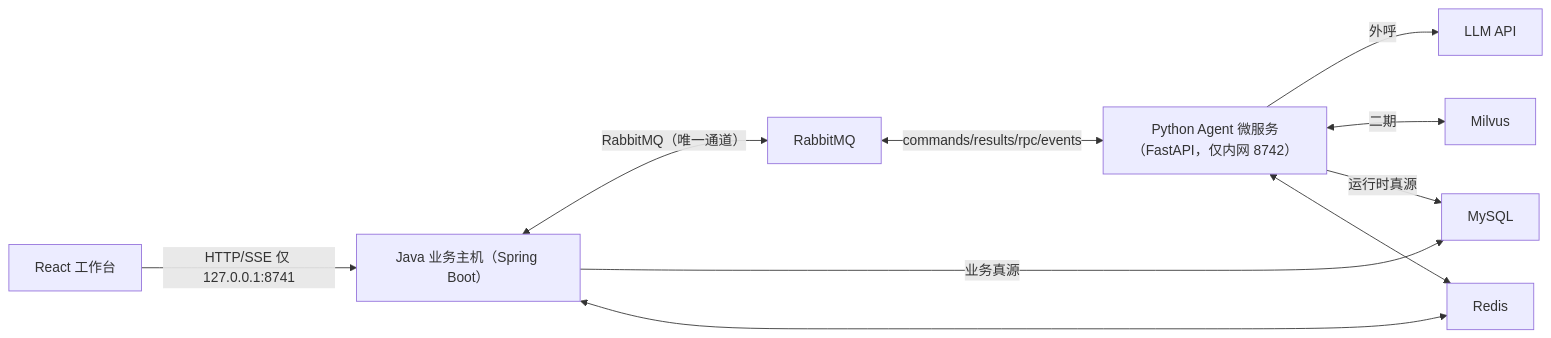
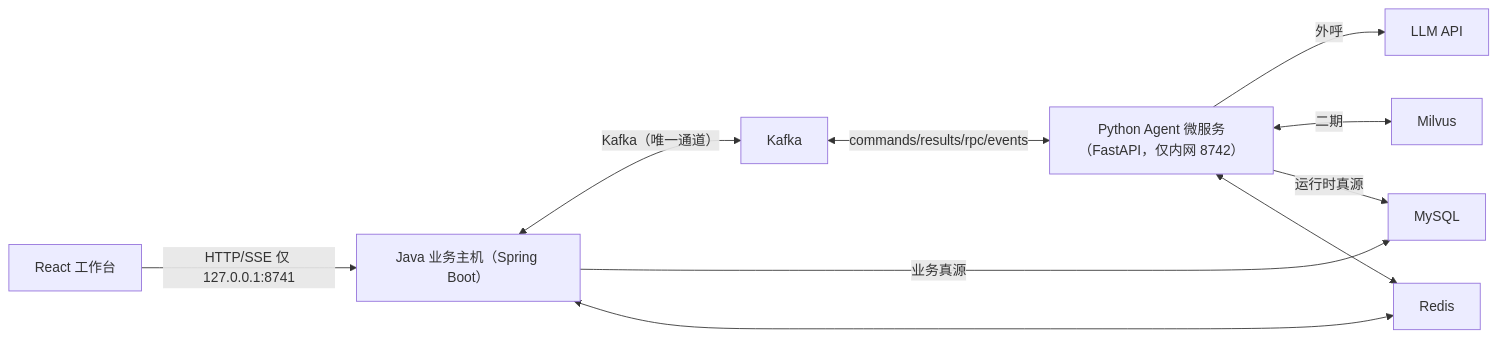
One commit to zxl666ab-sketch/agentharness changed the diagram in spec/java-business-python-agent.md. Above: the diagram before and after it, drawn with Mermaid. The commit also changed other lines of this file, not shown here.

Commit message:
docs(spec): v1.2 - replace RabbitMQ with Kafka (KRaft topics, consumer groups, SASL/SCRAM, DLQ, Compose/CI)

````diff
--- a/spec/java-business-python-agent.md
+++ b/spec/java-business-python-agent.md
@@ -37,12 +37,12 @@
 ```mermaid
 flowchart LR
     Browser["React 工作台"] -->|"HTTP/SSE 仅 127.0.0.1:8741"| Java["Java 业务主机（Spring Boot）"]
-    Java <-->|"RabbitMQ（唯一通道）"| MQ["RabbitMQ"]
+    Java <-->|"Kafka（唯一通道）"| MQ["Kafka"]
     MQ <-->|"commands/results/rpc/events"| Py["Python Agent 微服务（FastAPI，仅内网 8742）"]
     Py -->|"外呼"| LLM["LLM API"]
     Py <-->|"二期"| VDB["Milvus"]
     Java -->|"业务真源"| MySQL
     Py -->|"运行时真源"| MySQL
     Java <--> Redis
     Py <--> Redis
 ```
````
